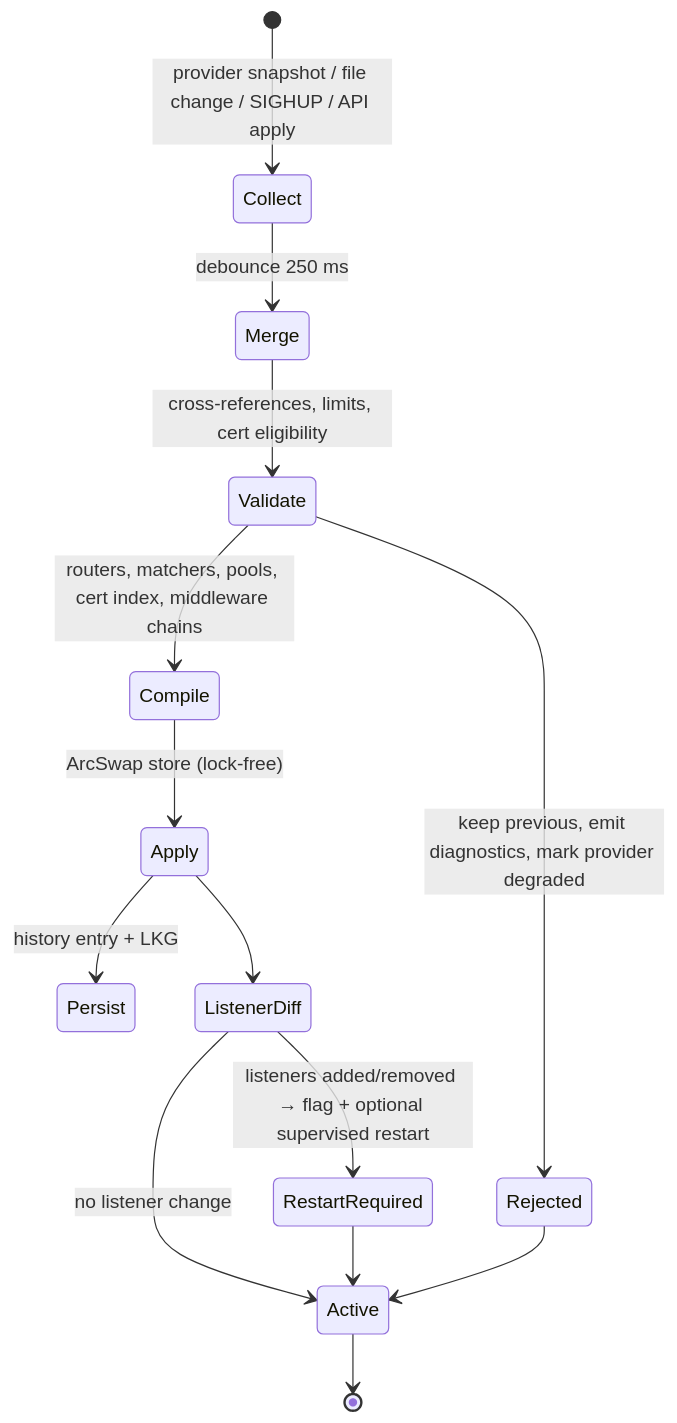
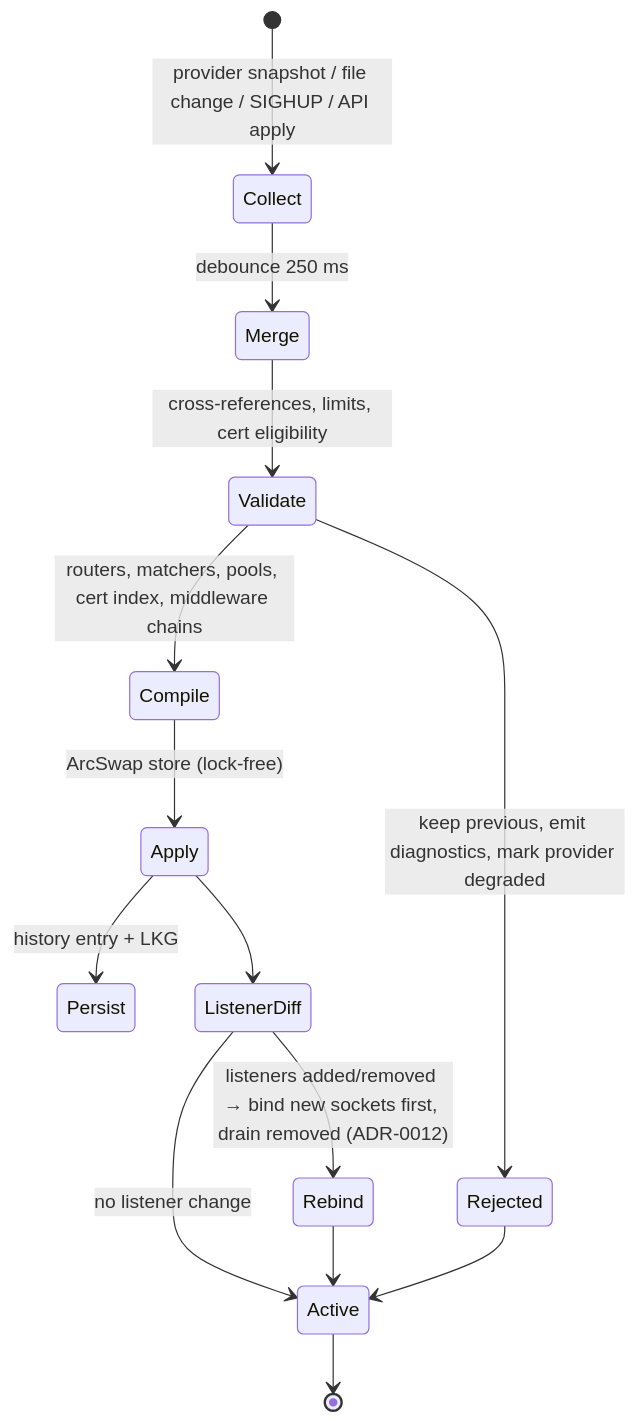
The second of 4 diagrams in docs/05-architecture.md (Docker-Hunterpedia/ReverseDock), drawn with Mermaid before and after one commit. The commit also changed other lines of this file and 377 other files, not shown here.

````diff
--- a/docs/05-architecture.md
+++ b/docs/05-architecture.md
@@ -199,16 +200,16 @@
 ```mermaid
 stateDiagram-v2
   [*] --> Collect: provider snapshot / file change / SIGHUP / API apply
   Collect --> Merge: debounce 250 ms
   Merge --> Validate: cross-references, limits, cert eligibility
   Validate --> Compile: routers, matchers, pools, cert index, middleware chains
   Compile --> Apply: ArcSwap store (lock-free)
   Apply --> Persist: history entry + LKG
   Apply --> ListenerDiff
-  ListenerDiff --> RestartRequired: listeners added/removed → flag + optional supervised restart
+  ListenerDiff --> Rebind: listeners added/removed → bind new sockets first, drain removed (ADR-0012)
   ListenerDiff --> Active: no listener change
-  RestartRequired --> Active
+  Rebind --> Active
   Validate --> Rejected: keep previous, emit diagnostics, mark provider degraded
   Rejected --> Active
   Active --> [*]
 ```
````
